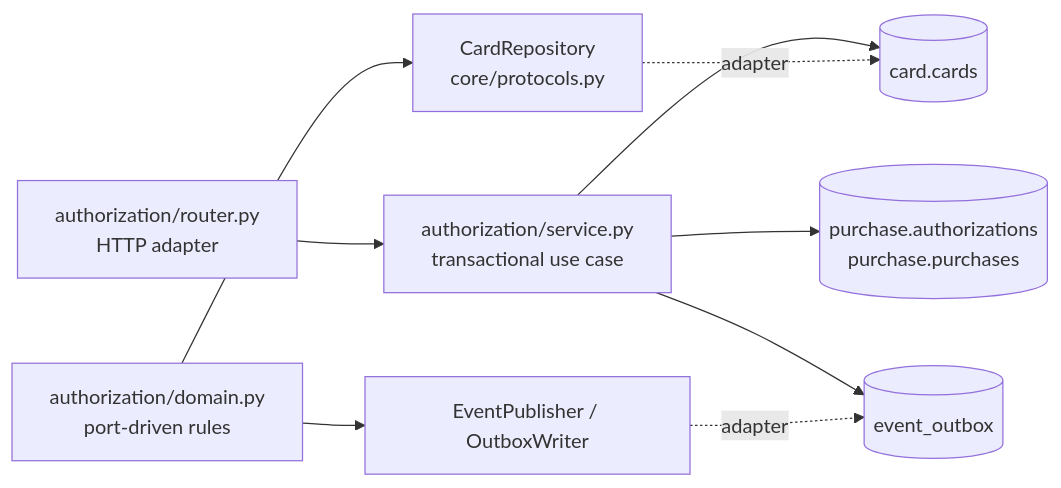
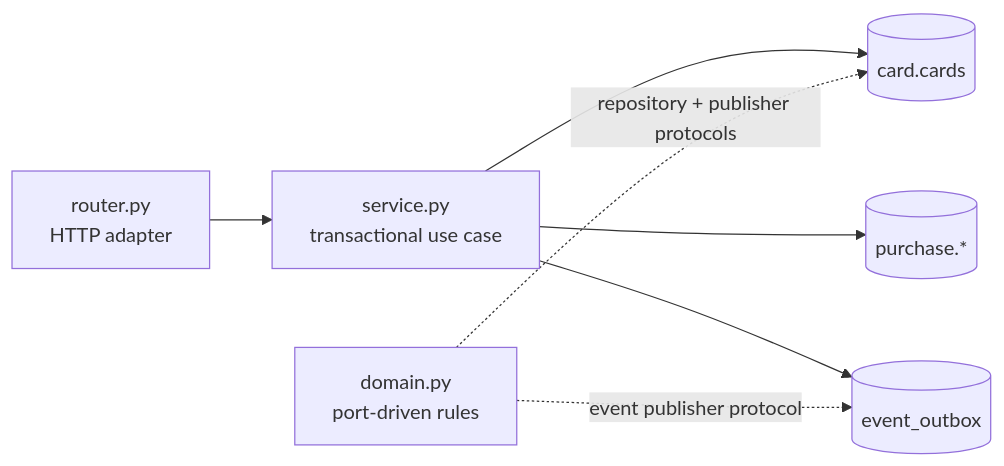
Before and after one commit to Ratarca/card-data-lab: the seventh of 11 diagrams in README.md, drawn with Mermaid. The commit also changed other lines of this file and 18 other files, not shown here.

````diff
--- a/README.md
+++ b/README.md
@@ -240,20 +254,9 @@
 ```mermaid
 flowchart LR
-    ROUTER["authorization/router.py\nHTTP adapter"]
-    SERVICE["authorization/service.py\ntransactional use case"]
-    DOMAIN["authorization/domain.py\nport-driven rules"]
-    CARD_PORT["CardRepository\ncore/protocols.py"]
-    EVENT_PORT["EventPublisher / OutboxWriter"]
-    PG_CARD[("card.cards")]
-    PG_PURCHASE[("purchase.authorizations\npurchase.purchases")]
-    OUTBOX[("event_outbox")]
-
-    ROUTER --> SERVICE
-    SERVICE --> PG_CARD
-    SERVICE --> PG_PURCHASE
-    SERVICE --> OUTBOX
-    DOMAIN --> CARD_PORT
-    DOMAIN --> EVENT_PORT
-    CARD_PORT -. adapter .-> PG_CARD
-    EVENT_PORT -. adapter .-> OUTBOX
+    R["router.py\nHTTP adapter"] --> S["service.py\ntransactional use case"]
+    S --> C[("card.cards")]
+    S --> P[("purchase.*")]
+    S --> O[("event_outbox")]
+    D["domain.py\nport-driven rules"] -. "repository + publisher protocols" .-> C
+    D -. "event publisher protocol" .-> O
 ```
````
